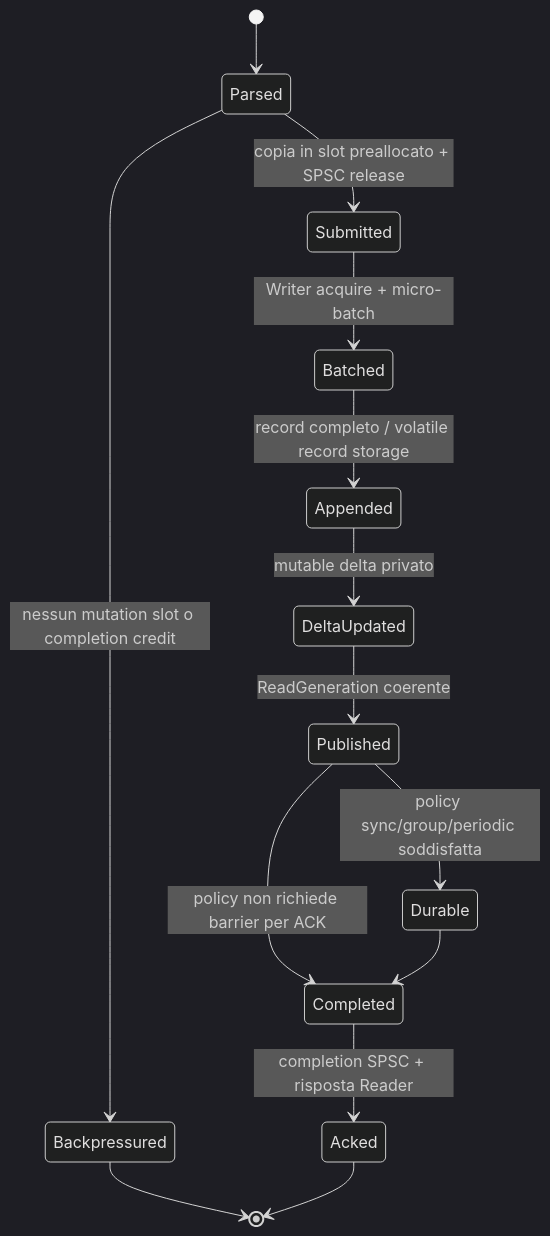
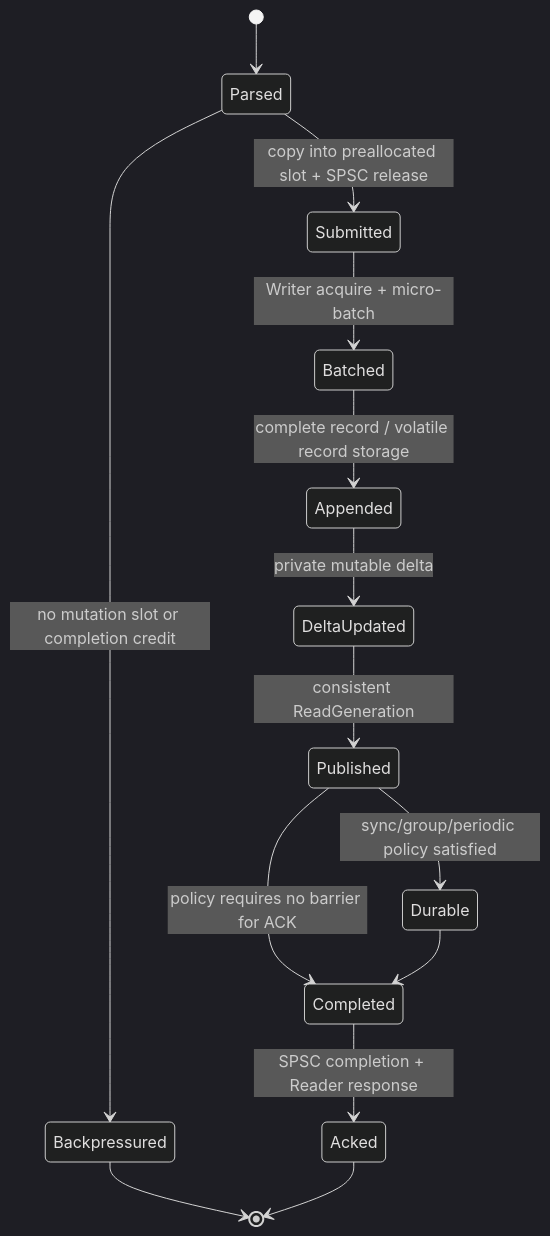
Before and after one commit to gipidevdor/GlifiStore: the third of 3 diagrams in docs/adr/paired-reader-writer-shards.md, drawn with Mermaid (dark theme). The commit also changed other lines of this file and 178 other files, not shown here.

````diff
--- a/docs/adr/paired-reader-writer-shards.md
+++ b/docs/adr/paired-reader-writer-shards.md
@@ -134,16 +134,16 @@
 ```mermaid
 stateDiagram-v2
     [*] --> Parsed
-    Parsed --> Backpressured: nessun mutation slot o completion credit
-    Parsed --> Submitted: copia in slot preallocato + SPSC release
+    Parsed --> Backpressured: no mutation slot or completion credit
+    Parsed --> Submitted: copy into preallocated slot + SPSC release
     Submitted --> Batched: Writer acquire + micro-batch
-    Batched --> Appended: record completo / volatile record storage
-    Appended --> DeltaUpdated: mutable delta privato
-    DeltaUpdated --> Published: ReadGeneration coerente
-    Published --> Durable: policy sync/group/periodic soddisfatta
-    Published --> Completed: policy non richiede barrier per ACK
+    Batched --> Appended: complete record / volatile record storage
+    Appended --> DeltaUpdated: private mutable delta
+    DeltaUpdated --> Published: consistent ReadGeneration
+    Published --> Durable: sync/group/periodic policy satisfied
+    Published --> Completed: policy requires no barrier for ACK
     Durable --> Completed
-    Completed --> Acked: completion SPSC + risposta Reader
+    Completed --> Acked: SPSC completion + Reader response
     Backpressured --> [*]
     Acked --> [*]
 ```
````
